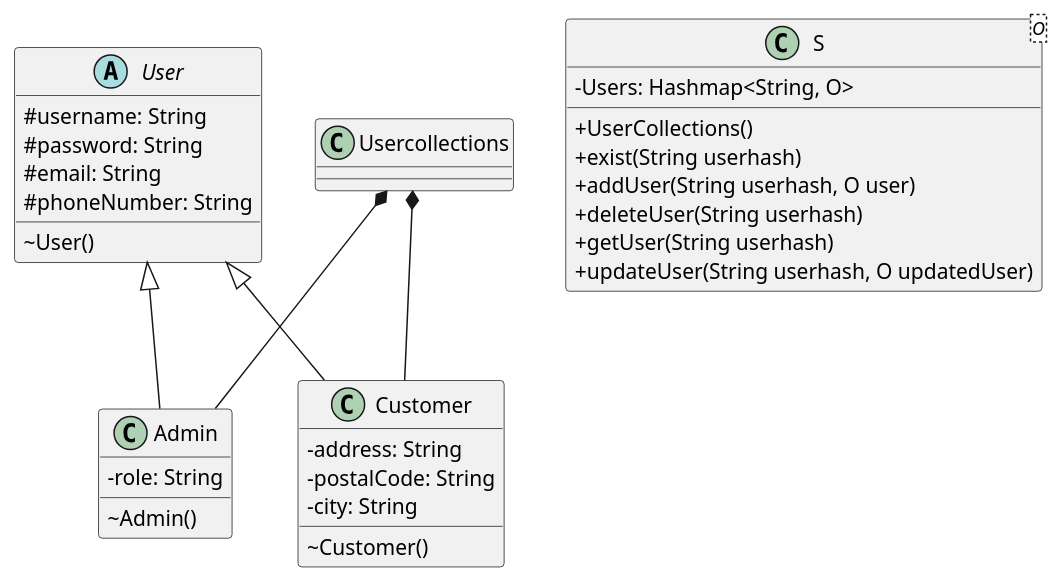
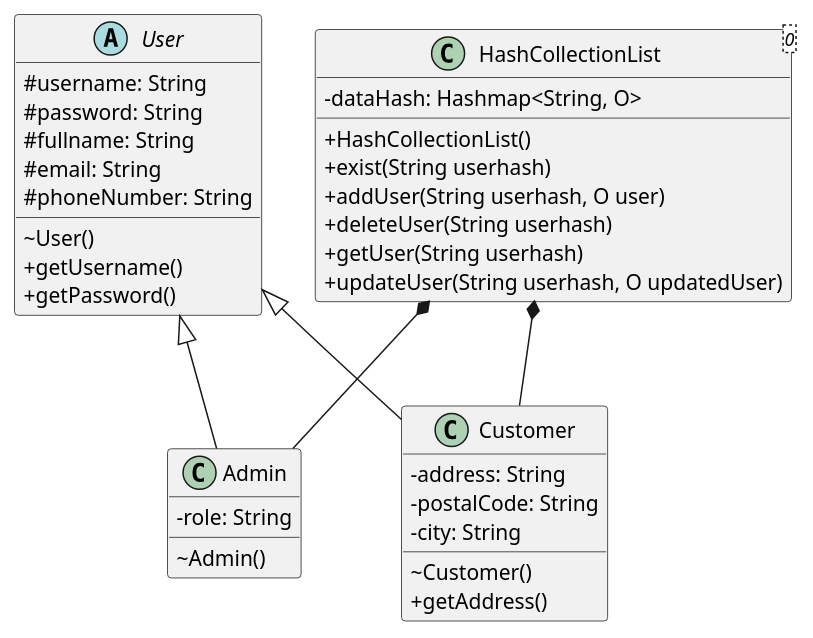
Before and after one commit to nhumam123/FinalProjectOOPs3: the diagram in src/uml.puml, drawn with PlantUML. The commit also changed 1 other file, not shown here.

```diff
--- a/src/uml.puml
+++ b/src/uml.puml
@@ -2,39 +2,45 @@
 @startuml
 skinparam classAttributeIconSize 0
-abstract User {
-    #username: String
-    #password: String
-    #email: String
-    #phoneNumber: String
-    ~User()
-}
-
 class Admin{
     -role: String
     ~Admin()
 }
 
 class Customer{
     -address: String
     -postalCode: String
     -city: String
     ~Customer()
-
+    +getAddress()
 }
 
-class S<O> {
-    -Users: Hashmap<String, O>
-    +UserCollections()
+abstract User {
+    #username: String
+    #password: String
+    #fullname: String
+    #email: String
+    #phoneNumber: String
+    ~User()
+    +getUsername()
+    +getPassword()
+}
+
+
+
+
+class HashCollectionList<0> {
+    -dataHash: Hashmap<String, O>
+    +HashCollectionList()
     +exist(String userhash)
     +addUser(String userhash, O user)
     +deleteUser(String userhash)
     +getUser(String userhash)
     +updateUser(String userhash, O updatedUser)
 
 }
 
 User <|-- Admin
 User <|-- Customer
-Usercollections *-- Admin
-Usercollections *-- Customer
+HashCollectionList *-- Admin
+HashCollectionList *-- Customer
 @enduml
```
